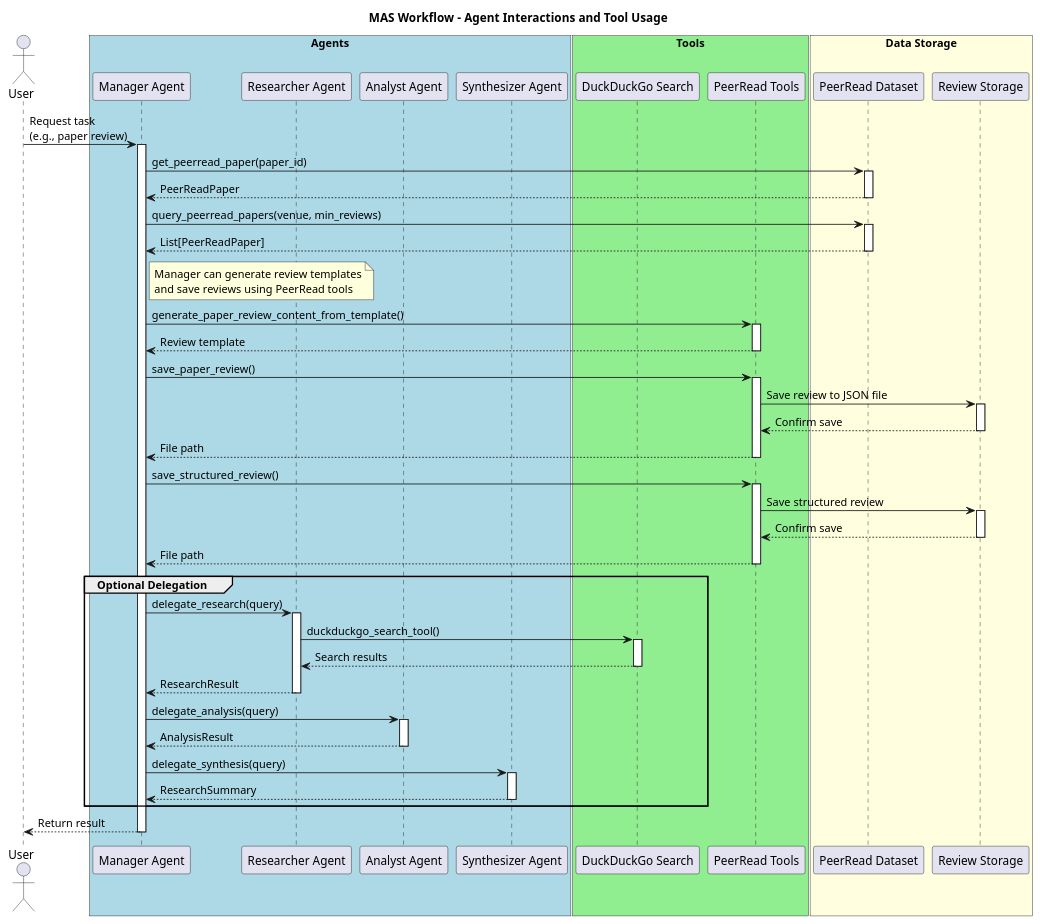
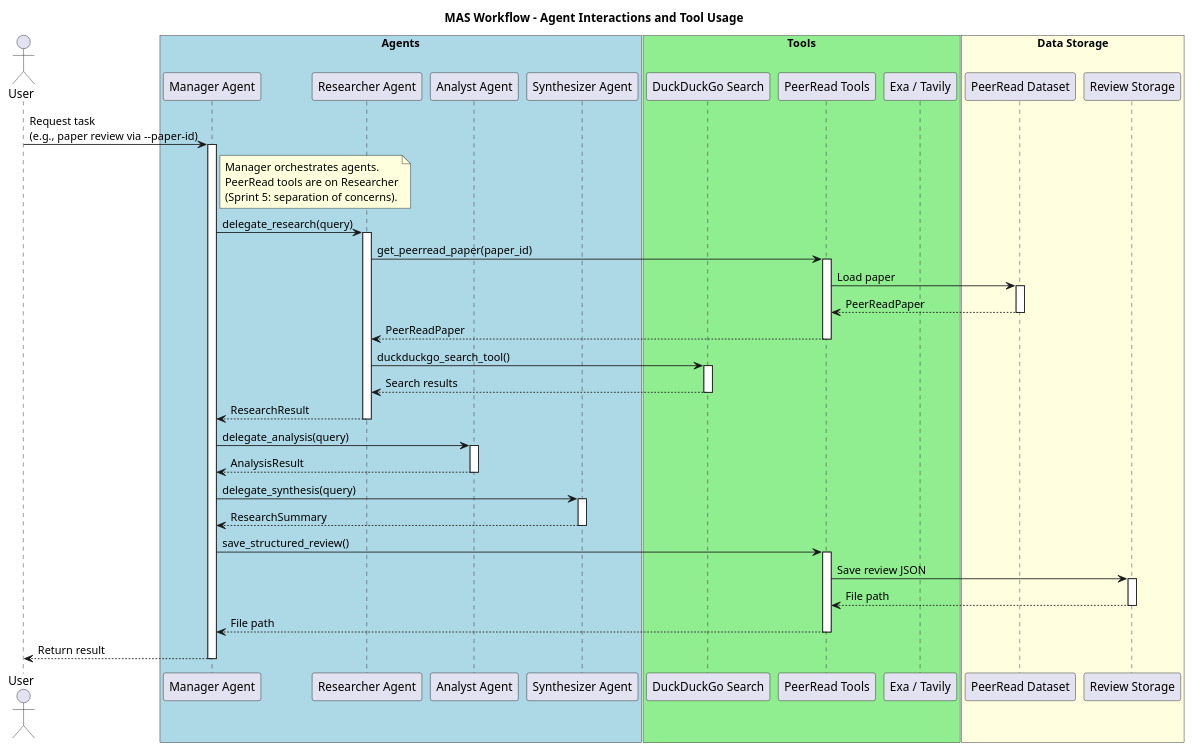
Before and after one commit to qte77/Agents-eval: the diagram in docs/arch_vis/mas-workflow.plantuml, drawn with PlantUML. The commit also changed 354 other files, not shown here.

```diff
--- a/docs/arch_vis/mas-workflow.plantuml
+++ b/docs/arch_vis/mas-workflow.plantuml
@@ -1,88 +1,75 @@
 @startuml mas-workflow
 title MAS Workflow - Agent Interactions and Tool Usage
 
 actor User
 
 box "Agents" #LightBlue
     participant "Manager Agent" as Manager
     participant "Researcher Agent" as Researcher
     participant "Analyst Agent" as Analyst
     participant "Synthesizer Agent" as Synthesizer
 end box
 
 box "Tools" #LightGreen
     participant "DuckDuckGo Search" as DDG
     participant "PeerRead Tools" as PeerRead
+    participant "Exa / Tavily" as WebSearch
 end box
 
 box "Data Storage" #LightYellow
     participant "PeerRead Dataset" as Dataset
     participant "Review Storage" as Reviews
 end box
 
-User -> Manager: Request task\n(e.g., paper review)
+User -> Manager: Request task\n(e.g., paper review via --paper-id)
 activate Manager
 
-Manager -> Dataset: get_peerread_paper(paper_id)
-activate Dataset
-Dataset --> Manager: PeerReadPaper
-deactivate Dataset
-
-Manager -> Dataset: query_peerread_papers(venue, min_reviews)
-activate Dataset
-Dataset --> Manager: List[PeerReadPaper]
-deactivate Dataset
-
 note right of Manager
-  Manager can generate review templates
-  and save reviews using PeerRead tools
+  Manager orchestrates agents.
+  PeerRead tools are on Researcher
+  (Sprint 5: separation of concerns).
 end note
 
-Manager -> PeerRead: generate_paper_review_content_from_template()
+Manager -> Researcher: delegate_research(query)
+activate Researcher
+
+Researcher -> PeerRead: get_peerread_paper(paper_id)
 activate PeerRead
-PeerRead --> Manager: Review template
+PeerRead -> Dataset: Load paper
+activate Dataset
+Dataset --> PeerRead: PeerReadPaper
+deactivate Dataset
+PeerRead --> Researcher: PeerReadPaper
 deactivate PeerRead
 
-Manager -> PeerRead: save_paper_review()
+Researcher -> DDG: duckduckgo_search_tool()
+activate DDG
+DDG --> Researcher: Search results
+deactivate DDG
+
+Researcher --> Manager: ResearchResult
+deactivate Researcher
+
+Manager -> Analyst: delegate_analysis(query)
+activate Analyst
+Analyst --> Manager: AnalysisResult
+deactivate Analyst
+
+Manager -> Synthesizer: delegate_synthesis(query)
+activate Synthesizer
+Synthesizer --> Manager: ResearchSummary
+deactivate Synthesizer
+
+Manager -> PeerRead: save_structured_review()
 activate PeerRead
-PeerRead -> Reviews: Save review to JSON file
+PeerRead -> Reviews: Save review JSON
 activate Reviews
-Reviews --> PeerRead: Confirm save
+Reviews --> PeerRead: File path
 deactivate Reviews
 PeerRead --> Manager: File path
 deactivate PeerRead
-
-Manager -> PeerRead: save_structured_review()
-activate PeerRead
-PeerRead -> Reviews: Save structured review
-activate Reviews
-Reviews --> PeerRead: Confirm save
-deactivate Reviews
-PeerRead --> Manager: File path
-deactivate PeerRead
-
-group Optional Delegation
-    Manager -> Researcher: delegate_research(query)
-    activate Researcher
-    Researcher -> DDG: duckduckgo_search_tool()
-    activate DDG
-    DDG --> Researcher: Search results
-    deactivate DDG
-    Researcher --> Manager: ResearchResult
-    deactivate Researcher
-    
-    Manager -> Analyst: delegate_analysis(query)
-    activate Analyst
-    Analyst --> Manager: AnalysisResult
-    deactivate Analyst
-    
-    Manager -> Synthesizer: delegate_synthesis(query)
-    activate Synthesizer
-    Synthesizer --> Manager: ResearchSummary
-    deactivate Synthesizer
-end group
 
 Manager --> User: Return result
 deactivate Manager
 
 @enduml
```
